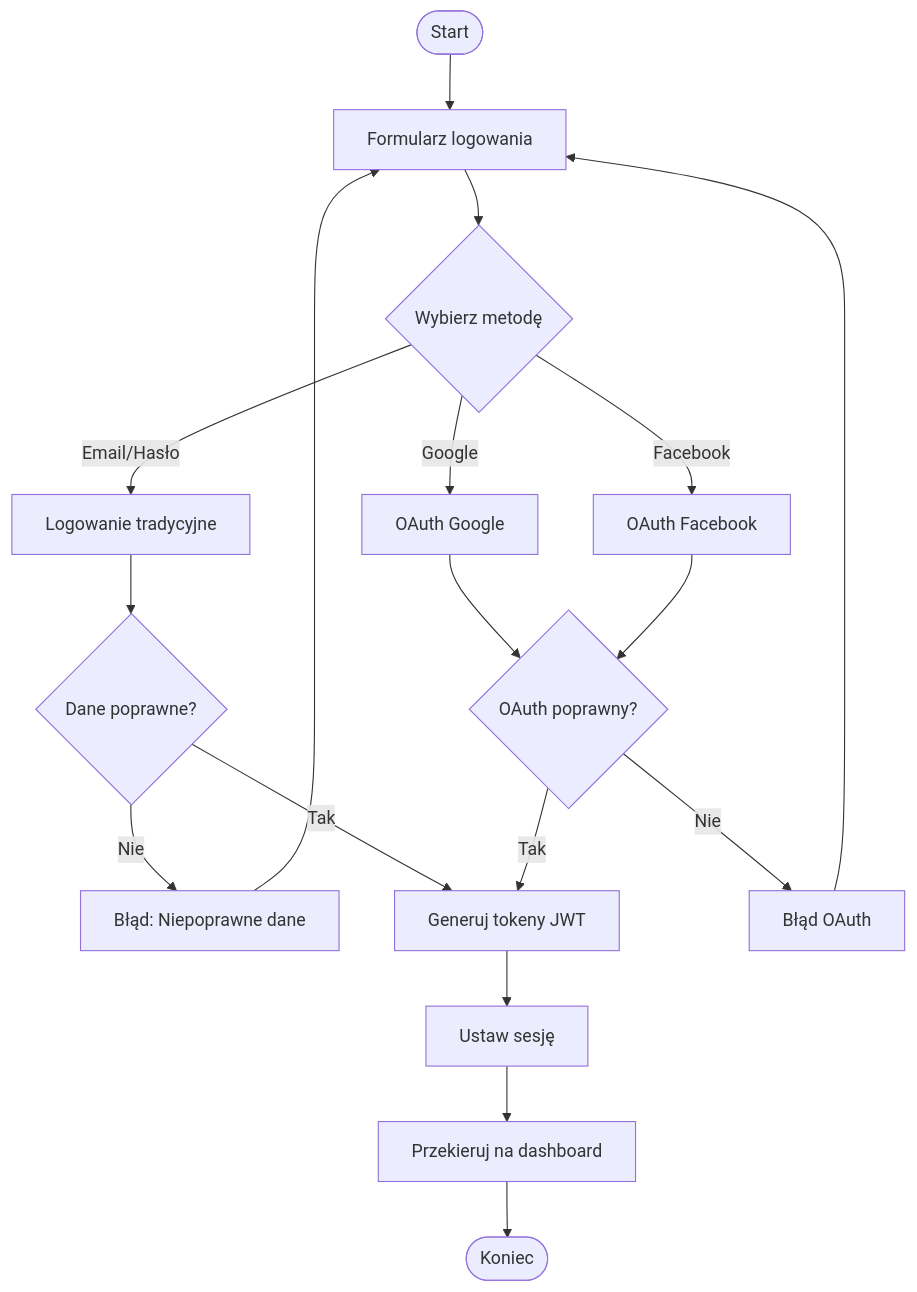
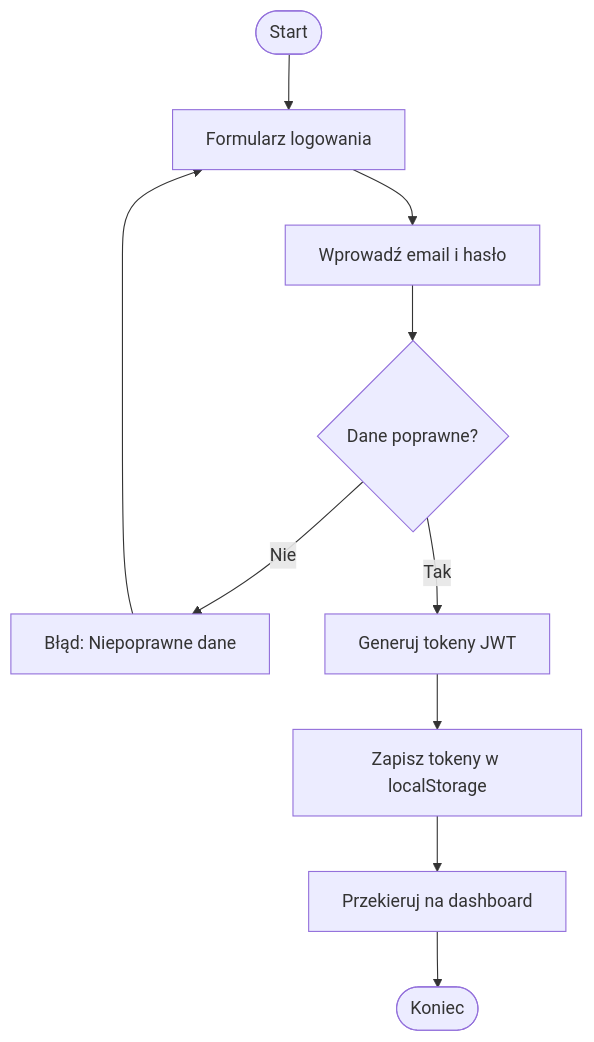
The fifth of 20 diagrams in docs/diagramy.md (WisMaja/MyMoney), drawn with Mermaid before and after one commit. The commit also changed other lines of this file and 10 other files, not shown here.

````diff
--- a/docs/diagramy.md
+++ b/docs/diagramy.md
@@ -151,25 +124,14 @@
 ```mermaid
 flowchart TD
     Start([Start]) --> LoginForm[Formularz logowania]
-    LoginForm --> ChooseMethod{Wybierz metodę}
-    
-    ChooseMethod -->|Email/Hasło| EmailLogin[Logowanie tradycyjne]
-    ChooseMethod -->|Google| GoogleOAuth[OAuth Google]
-    ChooseMethod -->|Facebook| FacebookOAuth[OAuth Facebook]
+    LoginForm --> EmailLogin[Wprowadź email i hasło]
     
     EmailLogin --> ValidateCredentials{Dane poprawne?}
     ValidateCredentials -->|Nie| ErrorCredentials[Błąd: Niepoprawne dane]
     ErrorCredentials --> LoginForm
     
     ValidateCredentials -->|Tak| GenerateTokens[Generuj tokeny JWT]
-    GoogleOAuth --> ValidateOAuth{OAuth poprawny?}
-    FacebookOAuth --> ValidateOAuth
-    
-    ValidateOAuth -->|Nie| ErrorOAuth[Błąd OAuth]
-    ErrorOAuth --> LoginForm
-    ValidateOAuth -->|Tak| GenerateTokens
-    
-    GenerateTokens --> SetSession[Ustaw sesję]
+    GenerateTokens --> SetSession[Zapisz tokeny w localStorage]
     SetSession --> RedirectDashboard[Przekieruj na dashboard]
     RedirectDashboard --> End([Koniec])
 ```
````
